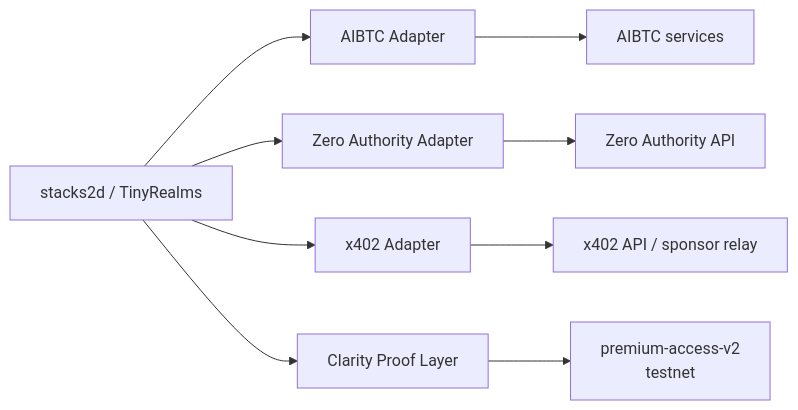
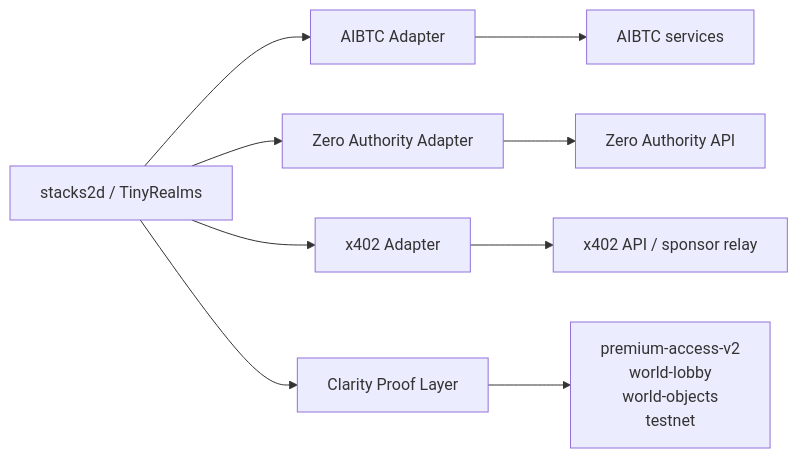
The second of 14 diagrams in README.md (retroverse404/---stacks2d-dungeons-agents), drawn with Mermaid before and after one commit. The commit also changed other lines of this file and 10 other files, not shown here.

````diff
--- a/README.md
+++ b/README.md
@@ -65,11 +95,11 @@
 ```mermaid
 flowchart LR
   G[stacks2d / TinyRealms] --> X[AIBTC Adapter]
   G --> Z[Zero Authority Adapter]
   G --> P[x402 Adapter]
   G --> C[Clarity Proof Layer]
   X --> AX[AIBTC services]
   Z --> ZX[Zero Authority API]
   P --> PX[x402 API / sponsor relay]
-  C --> CX[premium-access-v2<br/>testnet]
+  C --> CX[premium-access-v2<br/>world-lobby<br/>world-objects<br/>testnet]
 ```
````
